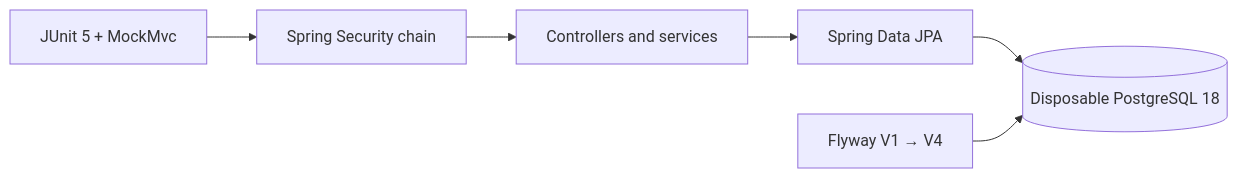
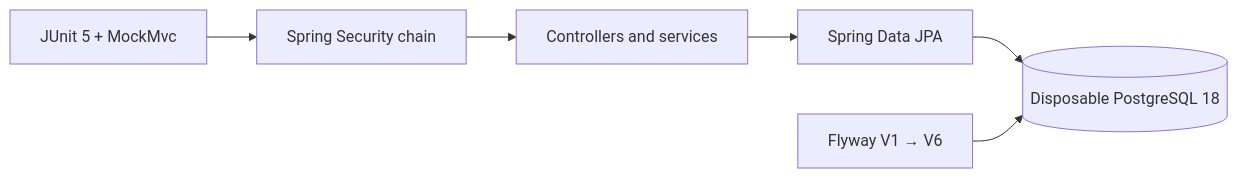
The third of 3 diagrams in README.md (adhambatlouni/task-management-system), drawn with Mermaid before and after one commit. The commit also changed other lines of this file and 13 other files, not shown here.

````diff
--- a/README.md
+++ b/README.md
@@ -335,15 +391,15 @@
 ```mermaid
 flowchart LR
     Tests[JUnit 5 + MockMvc]
     Security[Spring Security chain]
     API[Controllers and services]
     JPA[Spring Data JPA]
     Database[(Disposable PostgreSQL 18)]
-    Flyway[Flyway V1 → V4]
+    Flyway[Flyway V1 → V6]
 
     Tests --> Security
     Security --> API
     API --> JPA
     JPA --> Database
     Flyway --> Database
 ```
````
